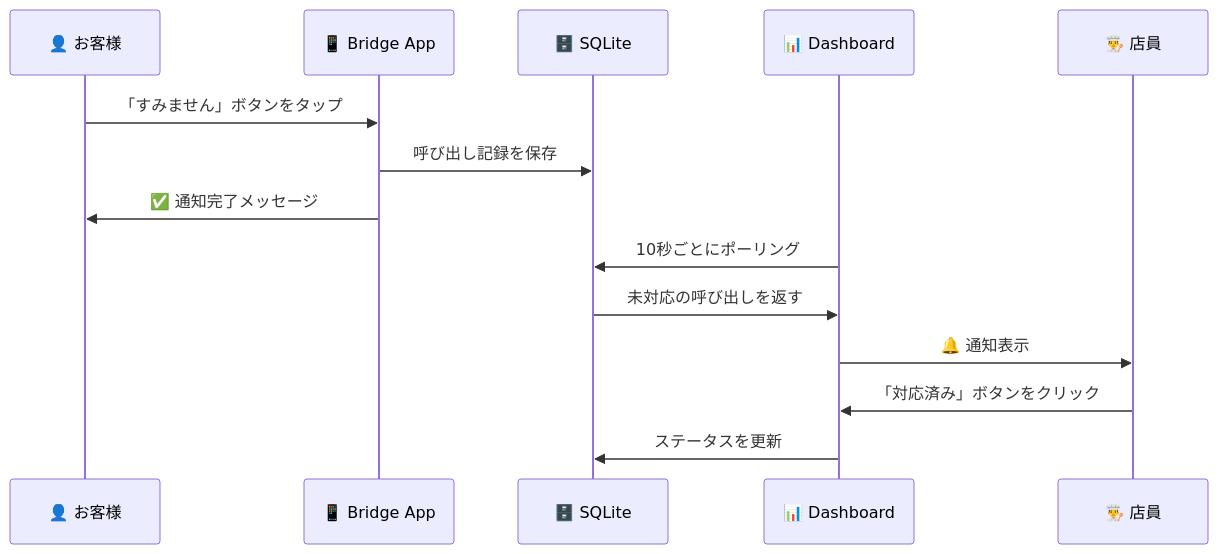
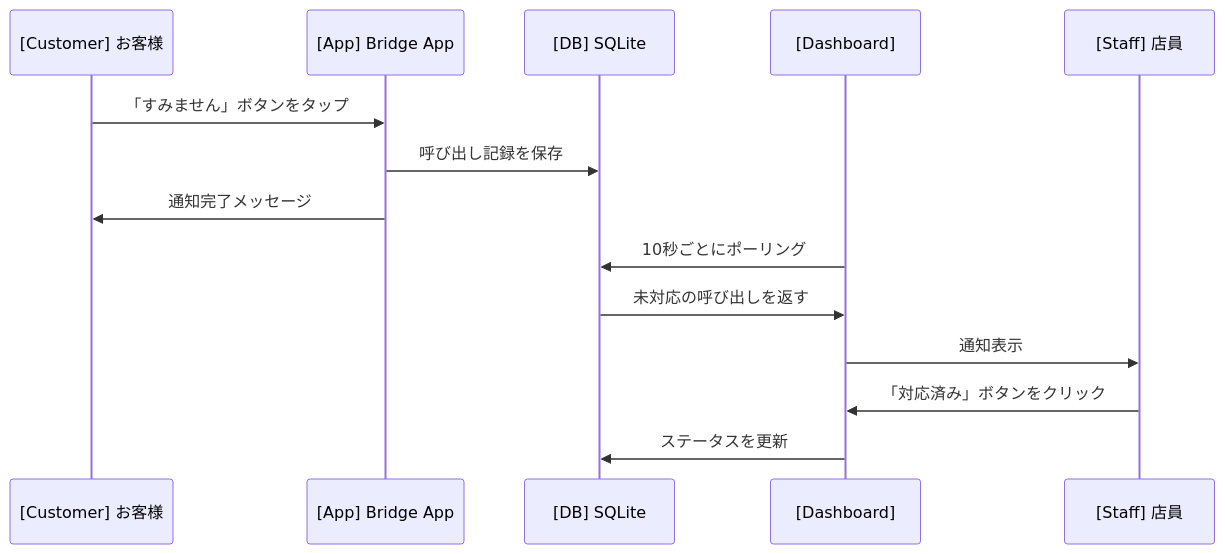
Before and after one commit to koshikawa-masato/Bridge-Restaurant-Training: the diagram in mermaid/mermaid_callflow.mmd, drawn with Mermaid. The commit also changed 9 other files, not shown here.

Commit message:
docs: replace emoji with text labels in diagrams

```diff
--- a/mermaid/mermaid_callflow.mmd
+++ b/mermaid/mermaid_callflow.mmd
@@ -1,15 +1,15 @@
 sequenceDiagram
-    participant C as 👤 お客様
-    participant A as 📱 Bridge App
-    participant DB as 🗄️ SQLite
-    participant D as 📊 Dashboard
-    participant S as 👨‍🍳 店員
+    participant C as [Customer] お客様
+    participant A as [App] Bridge App
+    participant DB as [DB] SQLite
+    participant D as [Dashboard]
+    participant S as [Staff] 店員
 
     C->>A: 「すみません」ボタンをタップ
     A->>DB: 呼び出し記録を保存
-    A->>C: ✅ 通知完了メッセージ
+    A->>C: 通知完了メッセージ
     D->>DB: 10秒ごとにポーリング
     DB->>D: 未対応の呼び出しを返す
-    D->>S: 🔔 通知表示
+    D->>S: 通知表示
     S->>D: 「対応済み」ボタンをクリック
     D->>DB: ステータスを更新
```
